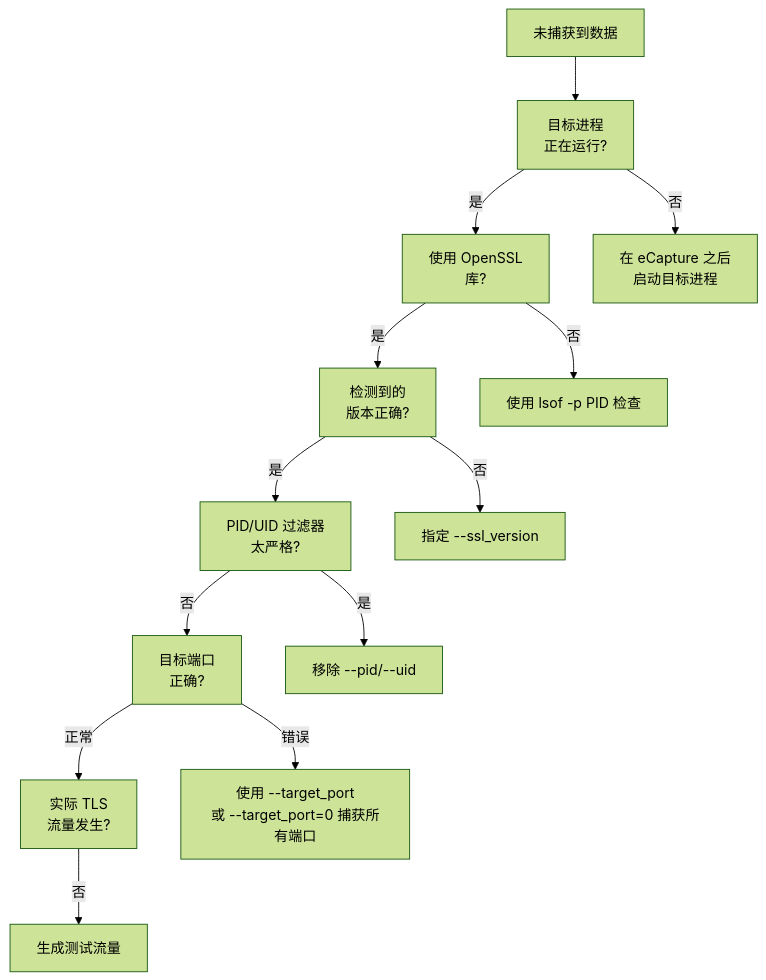
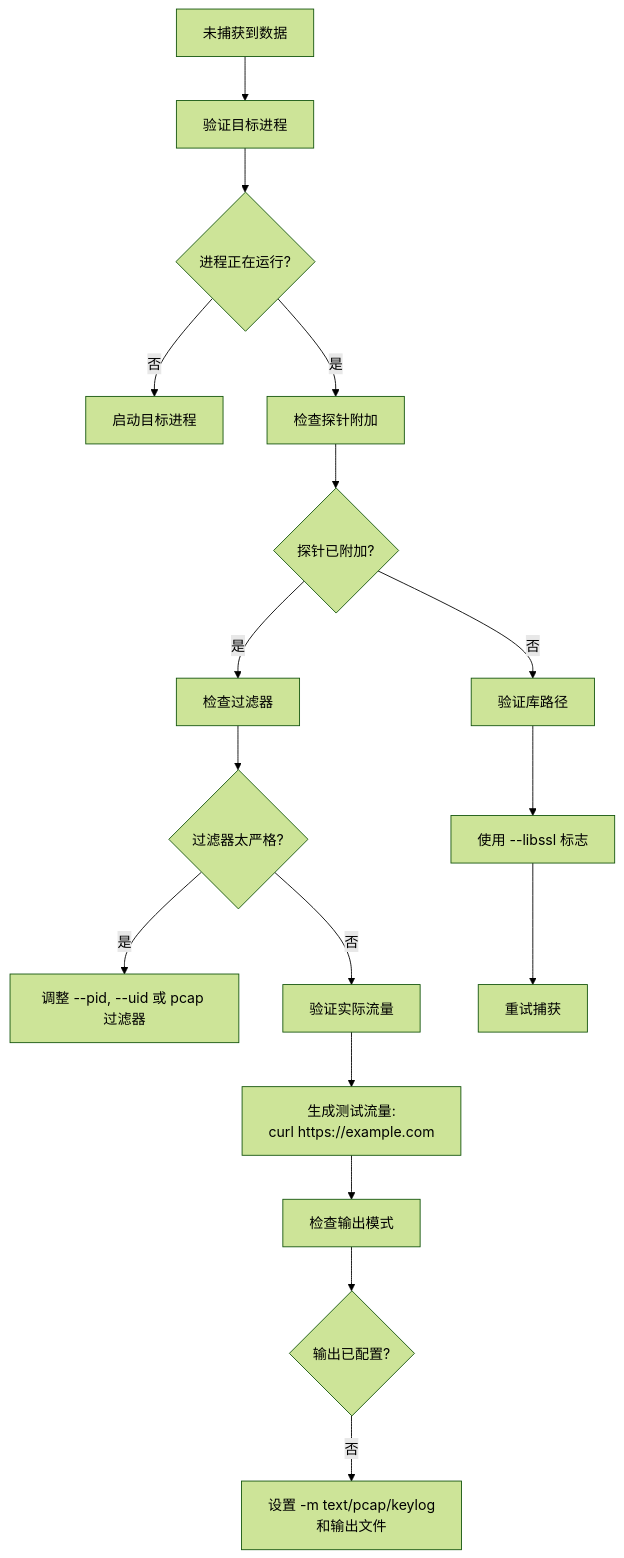
Before and after one commit to gojue/ecapture.cc: the fifth of 10 diagrams in src/zh/6-troubleshooting-and-faq/index.md, drawn with Mermaid (forest theme). The commit also changed other lines of this file and 115 other files, not shown here.

````diff
--- a/src/zh/6-troubleshooting-and-faq/index.md
+++ b/src/zh/6-troubleshooting-and-faq/index.md
@@ -436,30 +245,19 @@
 ```mermaid
 graph TB
-    START["未捕获到数据"]
-    PROCESS["目标进程<br/>正在运行?"]
-    LIBRARY["使用 OpenSSL<br/>库?"]
-    VERSION["检测到的<br/>版本正确?"]
-    FILTER["PID/UID 过滤器<br/>太严格?"]
-    PORT["目标端口<br/>正确?"]
-    TRAFFIC["实际 TLS<br/>流量发生?"]
-    
-    RESTART["在 eCapture 之后<br/>启动目标进程"]
-    CHECK_LIB["使用 lsof -p PID 检查"]
-    FIX_VER["指定 --ssl_version"]
-    REMOVE_FILTER["移除 --pid/--uid"]
-    FIX_PORT["使用 --target_port<br/>或 --target_port=0 捕获所有端口"]
-    GENERATE["生成测试流量"]
-    
-    START --> PROCESS
-    PROCESS -->|否| RESTART
-    PROCESS -->|是| LIBRARY
-    LIBRARY -->|否| CHECK_LIB
-    LIBRARY -->|是| VERSION
-    VERSION -->|否| FIX_VER
-    VERSION -->|是| FILTER
-    FILTER -->|是| REMOVE_FILTER
-    FILTER -->|否| PORT
-    PORT -->|错误| FIX_PORT
-    PORT -->|正常| TRAFFIC
-    TRAFFIC -->|否| GENERATE
+    NoCap["未捕获到数据"] --> CheckTarget["验证目标进程"]
+    CheckTarget --> ProcRunning{进程正在运行?}
+    ProcRunning -->|否| StartProc["启动目标进程"]
+    ProcRunning -->|是| CheckProbe["检查探针附加"]
+    CheckProbe --> ProbeOK{探针已附加?}
+    ProbeOK -->|否| CheckPath["验证库路径"]
+    ProbeOK -->|是| CheckFilter["检查过滤器"]
+    CheckFilter --> FilterSet{过滤器太严格?}
+    FilterSet -->|是| AdjustFilter["调整 --pid, --uid 或 pcap 过滤器"]
+    FilterSet -->|否| CheckTraffic["验证实际流量"]
+    CheckTraffic --> GenTraffic["生成测试流量:<br/>curl https://example.com"]
+    CheckPath --> ManualLib["使用 --libssl 标志"]
+    ManualLib --> Retry["重试捕获"]
+    GenTraffic --> CheckOutput["检查输出模式"]
+    CheckOutput --> OutputOK{输出已配置?}
+    OutputOK -->|否| SetOutput["设置 -m text/pcap/keylog<br/>和输出文件"]
 ```
````
